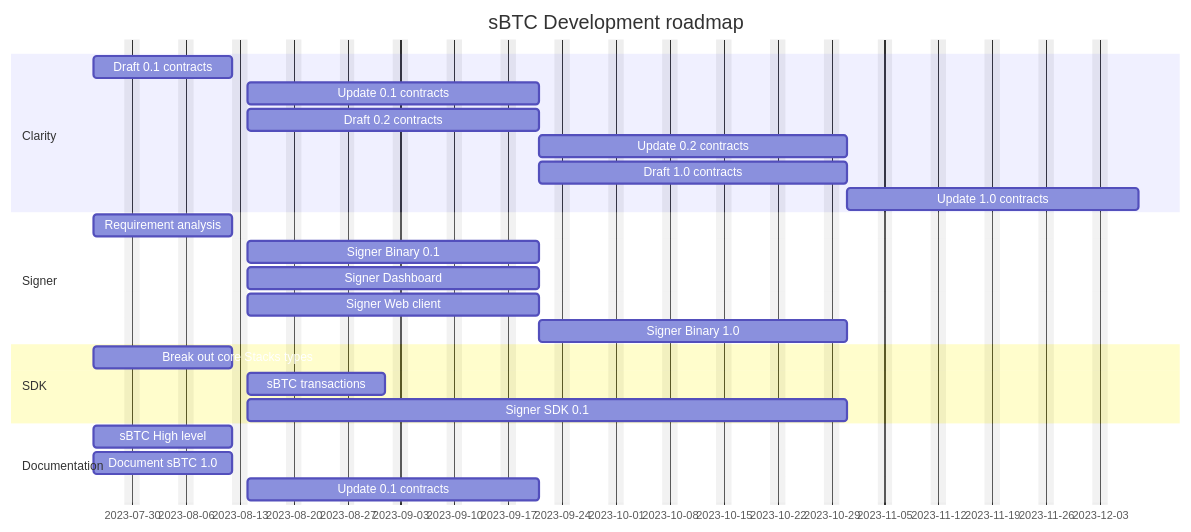
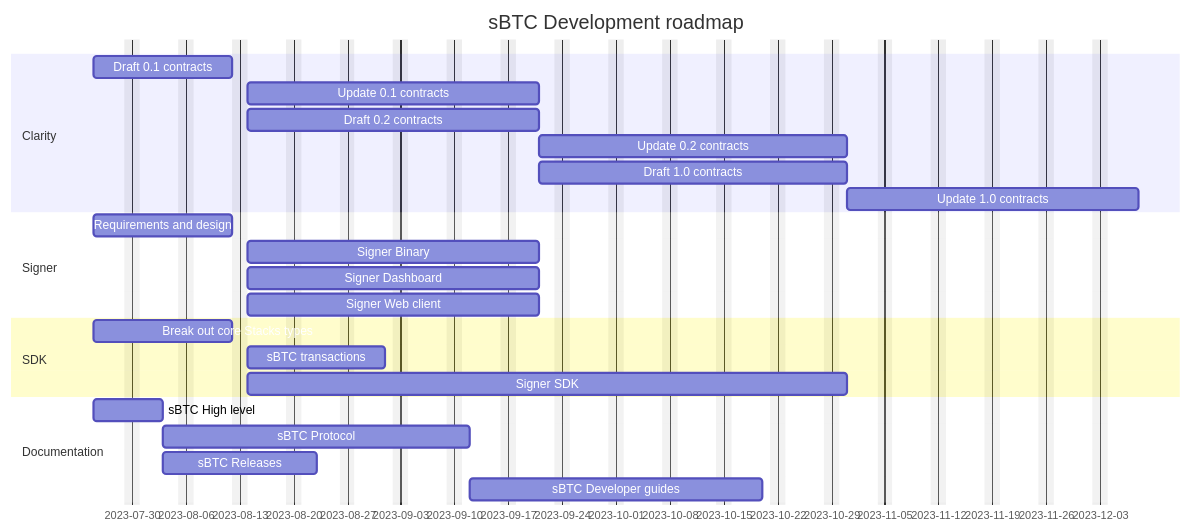
Before and after one commit to stacks-network/sbtc-docs: the diagram in src/sbtc-roadmap.md, drawn with Mermaid.

````diff
--- a/src/sbtc-roadmap.md
+++ b/src/sbtc-roadmap.md
@@ -5,33 +5,33 @@
 ```mermaid
 gantt
     dateFormat  YYYY-MM-DD
     title       sBTC Development roadmap
     excludes    weekends
     %% (`excludes` accepts specific dates in YYYY-MM-DD format, days of the week ("sunday") or "weekends", but not the word "weekdays".)
 
     section Clarity
     Draft 0.1 contracts        :  clar1, 2023-07-25, 2w
     Update 0.1 contracts       :  clar2, after clar1, 4w
     Draft 0.2 contracts        :  clar3, after clar1, 4w
     Update 0.2 contracts       :  clar4, after clar3, 4w
     Draft 1.0 contracts        :  clar5, after clar3, 4w
     Update 1.0 contracts       :  clar6, after clar5, 4w
 
     section Signer
-    Requirement analysis            :  sign1, 2023-07-25, 2w
-    Signer Binary 0.1               :  sign2, after sign1, 4w
-    Signer Dashboard                :  sign3, after sign1, 4w
-    Signer Web client               :  sign4, after sign1, 4w
-    Signer Binary 1.0               :  sign5, after sign2, 4w
+    Requirements and design      :  sign1, 2023-07-25, 2w
+    Signer Binary                :  sign2, after sign1, 4w
+    Signer Dashboard             :  sign3, after sign1, 4w
+    Signer Web client            :  sign4, after sign1, 4w
 
     section SDK
     Break out core Stacks types    :  sdk1, 2023-07-25, 2w
     sBTC transactions              :  sdk2, after sdk1, 2w
-    Signer SDK 0.1                 :  sdk3, after sdk1, 8w
+    Signer SDK                     :  sdk3, after sdk1, 8w
 
     section Documentation
-    sBTC High level                :  doc1, 2023-07-25, 2w
-    Document sBTC 1.0              :  doc1, 2023-07-25, 2w
-    Update 0.1 contracts           :  doc2, after doc1, 4w
+    sBTC High level            :  doc1, 2023-07-25, 1w
+    sBTC Protocol              :  doc2, after doc1, 4w
+    sBTC Releases              :  doc3, after doc1, 2w
+    sBTC Developer guides      :  doc3, after doc2, 4w
   
 ```
````
